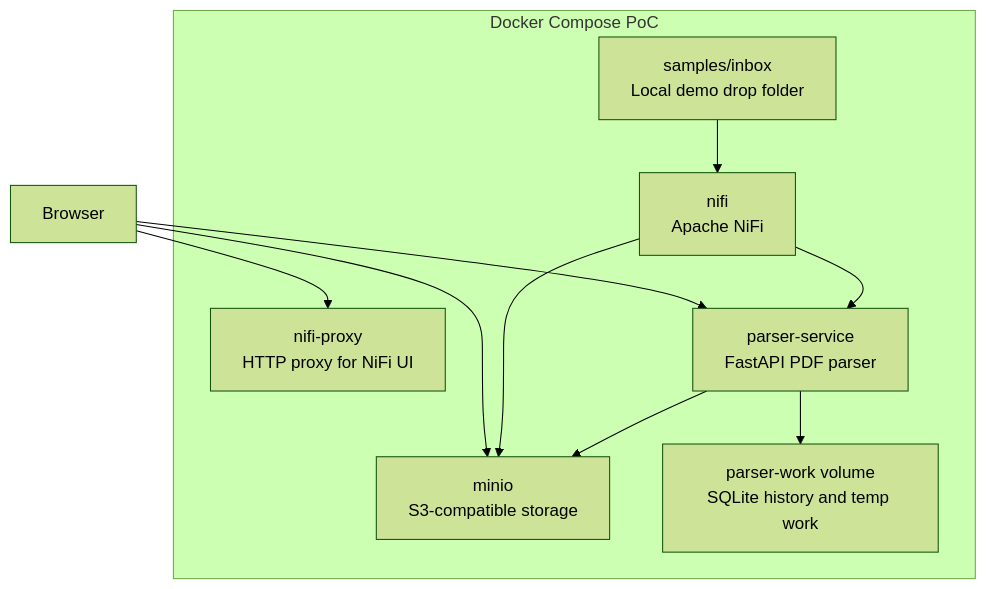
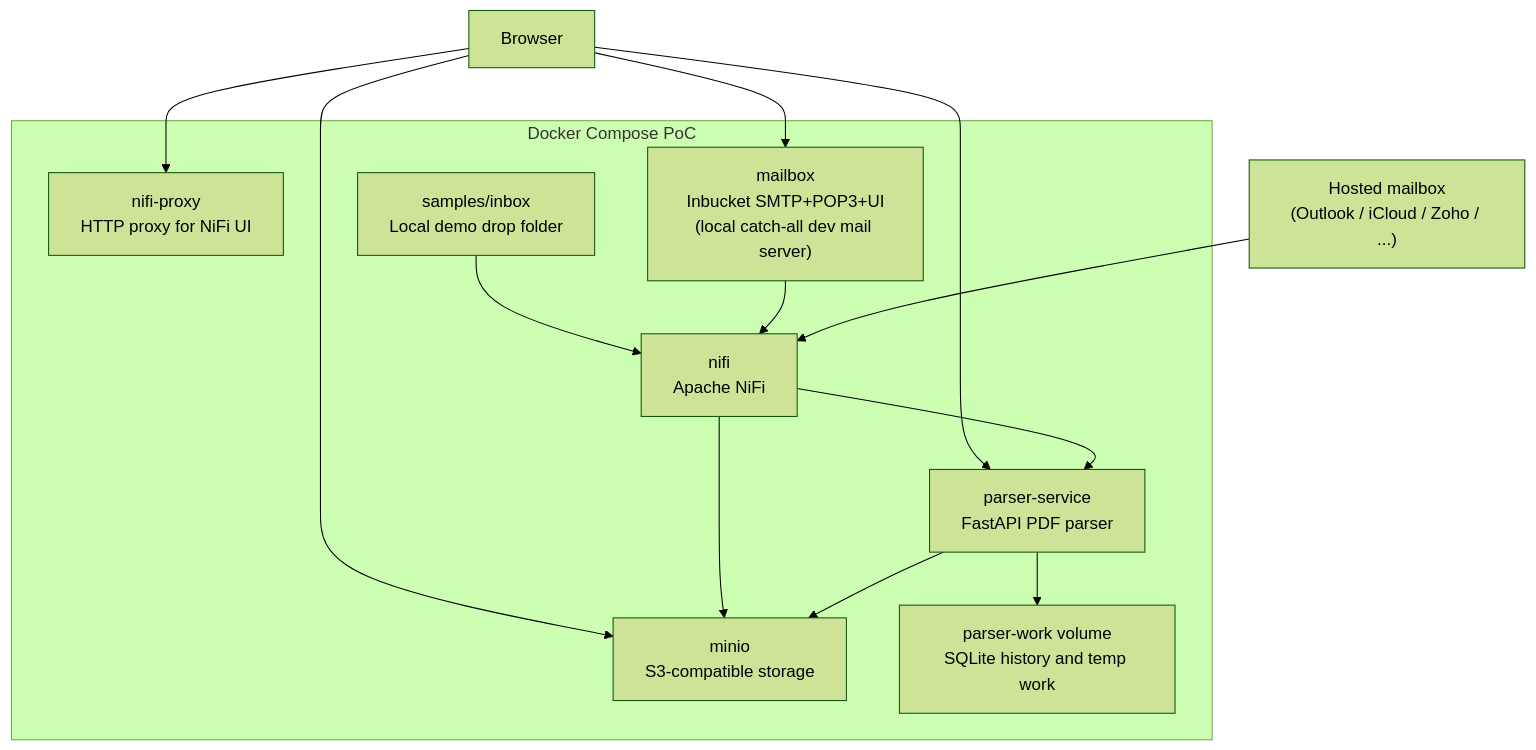
Before and after one commit to domisj-cloud/invoice-parser: the second of 6 diagrams in docs/architecture.md, drawn with Mermaid (forest theme). The commit also changed other lines of this file, not shown here.

First line of the commit message:
Update architecture doc for email ingestion + EN 16931 output

````diff
--- a/docs/architecture.md
+++ b/docs/architecture.md
@@ -26,20 +55,26 @@
 ```mermaid
 flowchart TB
   subgraph docker["Docker Compose PoC"]
     nifi["nifi\nApache NiFi"]
     proxy["nifi-proxy\nHTTP proxy for NiFi UI"]
     minio["minio\nS3-compatible storage"]
+    mailbox["mailbox\nInbucket SMTP+POP3+UI\n(local catch-all dev mail server)"]
     parser["parser-service\nFastAPI PDF parser"]
     work["parser-work volume\nSQLite history and temp work"]
     samples["samples/inbox\nLocal demo drop folder"]
   end
 
+  external["Hosted mailbox\n(Outlook / iCloud / Zoho / ...)"]
+
   browser["Browser"] --> proxy
   browser --> minio
   browser --> parser
+  browser --> mailbox
   samples --> nifi
+  mailbox --> nifi
+  external --> nifi
   nifi --> minio
   nifi --> parser
   parser --> minio
   parser --> work
 ```
````
